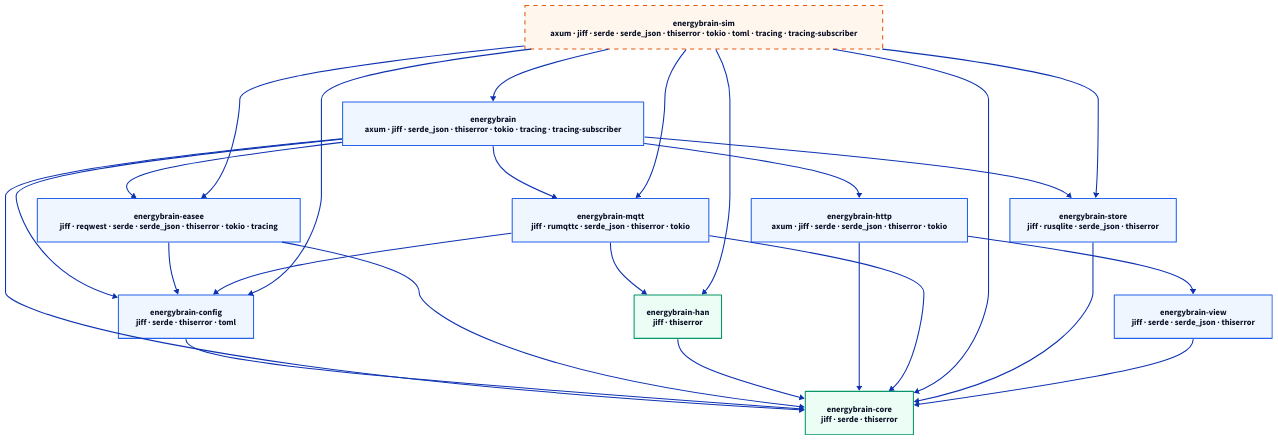
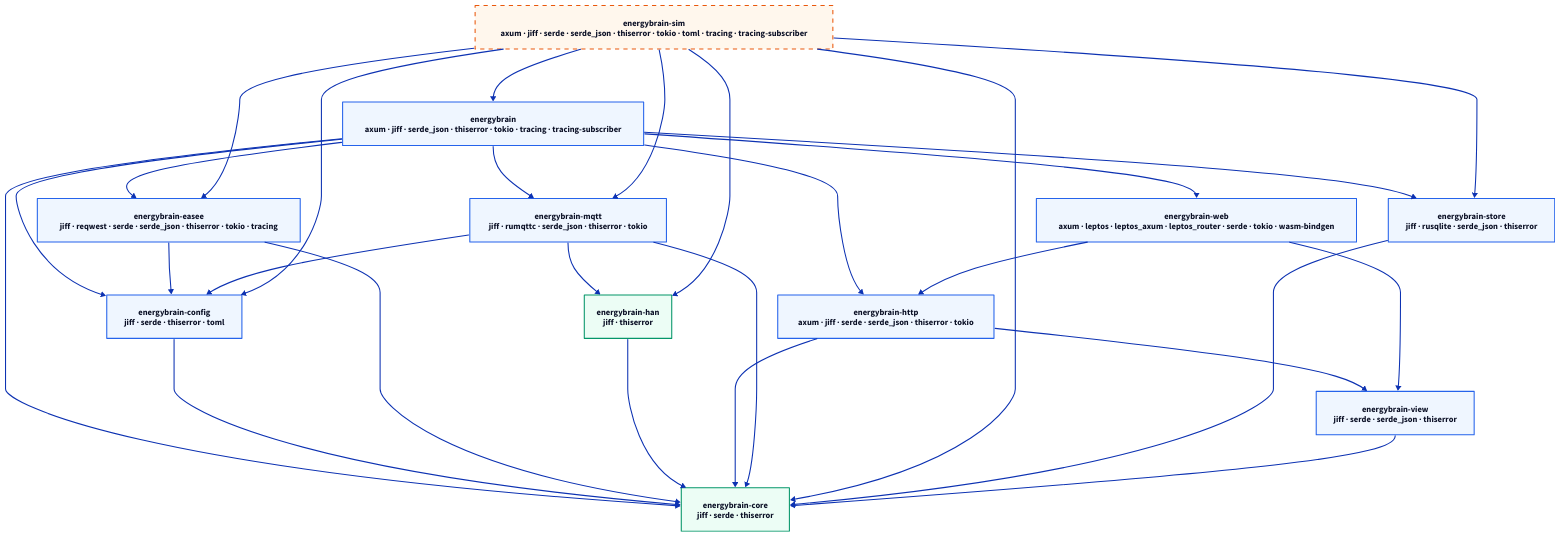
One commit to bendiksolheim/energybrain changed the diagram in docs/architecture/crates.d2. Above: the diagram before and after it, drawn with D2. The commit also changed 28 other files, not shown here.

First line of the commit message:
W3: energybrain-web, the Leptos app skeleton (PLAN.md §10)

```diff
--- a/docs/architecture/crates.d2
+++ b/docs/architecture/crates.d2
@@ -1,46 +1,50 @@
 # GENERATED by scripts/arch-crates.sh from `cargo metadata`; run `just arch`, do not edit.
 # Solid: normal dependency. Dashed: dev-dependency only. Box text: external dependencies.
 
 direction: down
 
 classes: {
   pure: {style: {fill: "#ecfdf5"; stroke: "#059669"}}
   io: {style: {fill: "#eff6ff"; stroke: "#2563eb"}}
   dev: {style: {fill: "#fff7ed"; stroke: "#ea580c"; stroke-dash: 4}}
 }
 
 app: "energybrain\naxum · jiff · serde_json · thiserror · tokio · tracing · tracing-subscriber" {class: io}
 config: "energybrain-config\njiff · serde · thiserror · toml" {class: io}
 core: "energybrain-core\njiff · serde · thiserror" {class: pure}
 easee: "energybrain-easee\njiff · reqwest · serde · serde_json · thiserror · tokio · tracing" {class: io}
 han: "energybrain-han\njiff · thiserror" {class: pure}
 http: "energybrain-http\naxum · jiff · serde · serde_json · thiserror · tokio" {class: io}
 mqtt: "energybrain-mqtt\njiff · rumqttc · serde_json · thiserror · tokio" {class: io}
 sim: "energybrain-sim\naxum · jiff · serde · serde_json · thiserror · tokio · toml · tracing · tracing-subscriber" {class: dev}
 store: "energybrain-store\njiff · rusqlite · serde_json · thiserror" {class: io}
 view: "energybrain-view\njiff · serde · serde_json · thiserror" {class: io}
+web: "energybrain-web\naxum · leptos · leptos_axum · leptos_router · serde · tokio · wasm-bindgen" {class: io}
 
 app -> config
 app -> core
 app -> easee
 app -> http
 app -> mqtt
 app -> store
+app -> web
 config -> core
 easee -> config
 easee -> core
 han -> core
 http -> core
 http -> view
 mqtt -> config
 mqtt -> core
 mqtt -> han
 sim -> app
 sim -> config
 sim -> core
 sim -> easee
 sim -> han
 sim -> mqtt
 sim -> store
 store -> core
 view -> core
+web -> http
+web -> view
```
